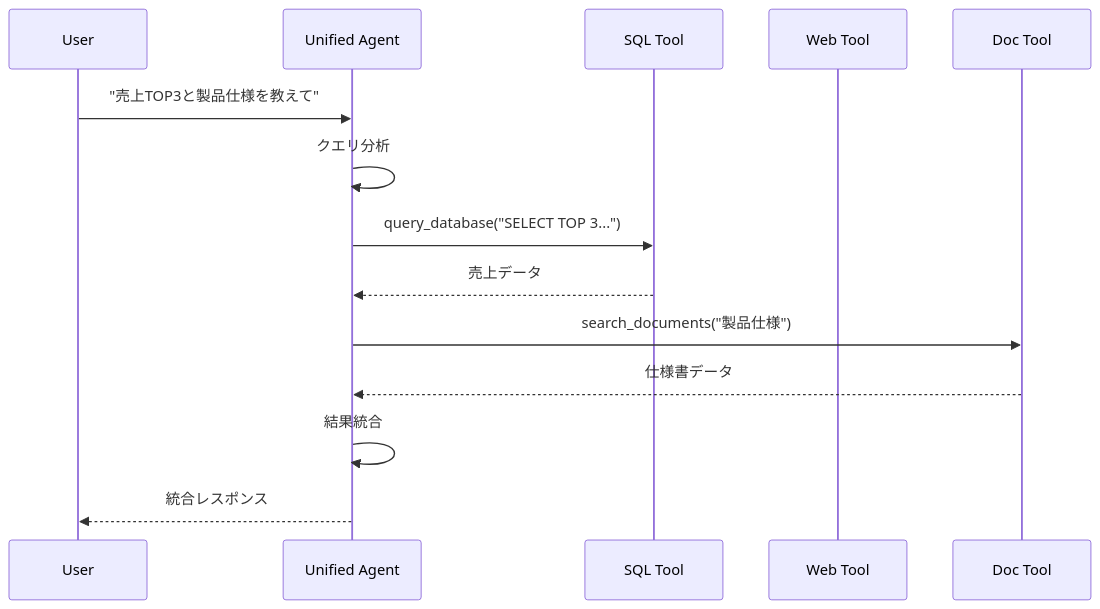
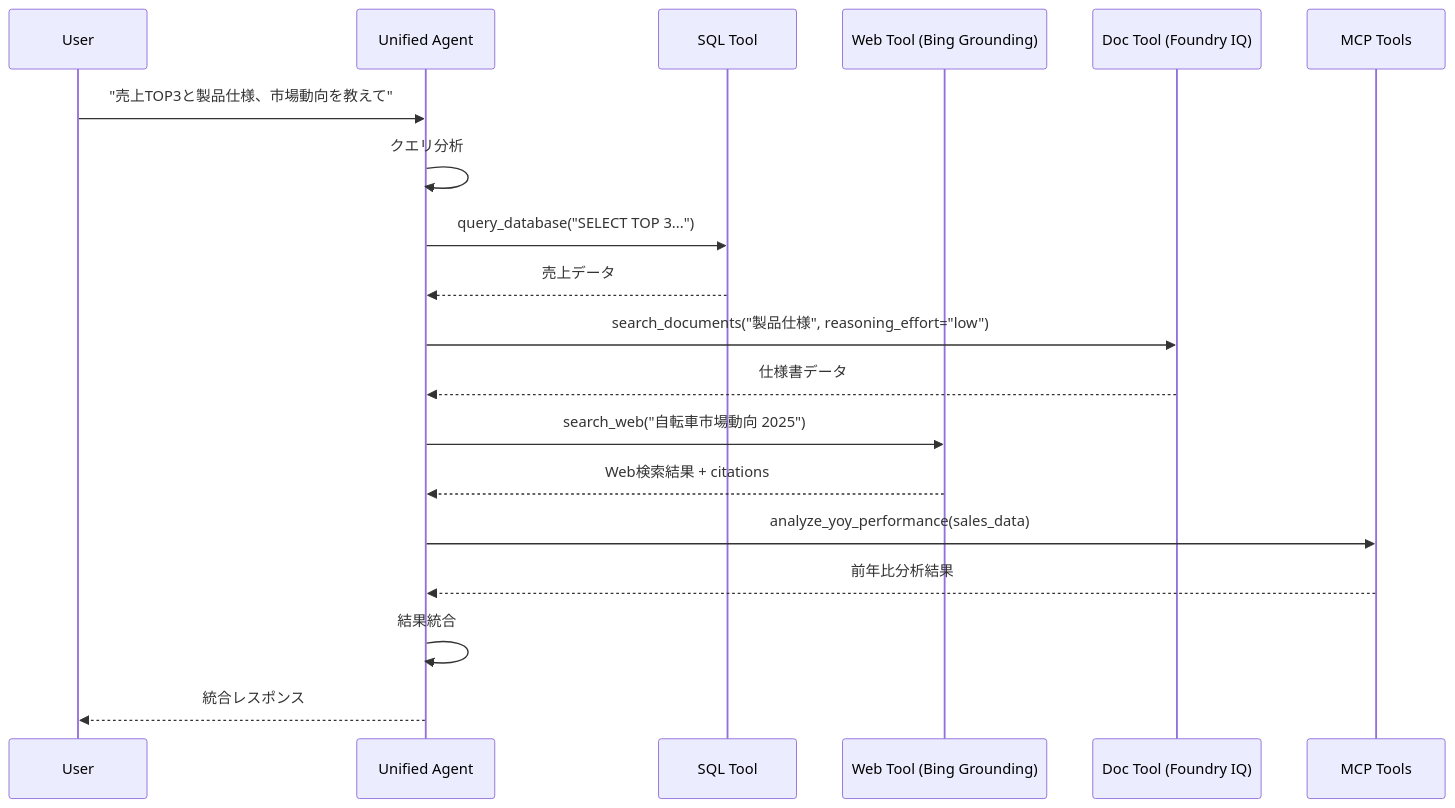
Before and after one commit to naoki1213mj/fabric-foundry-agentic-starter: the first of 2 diagrams in documents/Agent-Architecture.md, drawn with Mermaid. The commit also changed other lines of this file and 4 other files, not shown here.

First line of the commit message:
docs: ドキュメント大幅更新 - APIM/API Center詳細、テストシナリオ再作成、Bing Grounding/Foundry IQ反映

````diff
--- a/documents/Agent-Architecture.md
+++ b/documents/Agent-Architecture.md
@@ -114,17 +178,22 @@
 ```mermaid
 sequenceDiagram
     participant U as User
     participant A as Unified Agent
     participant S as SQL Tool
-    participant W as Web Tool
-    participant D as Doc Tool
+    participant W as Web Tool (Bing Grounding)
+    participant D as Doc Tool (Foundry IQ)
+    participant M as MCP Tools
 
-    U->>A: "売上TOP3と製品仕様を教えて"
+    U->>A: "売上TOP3と製品仕様、市場動向を教えて"
     A->>A: クエリ分析
     A->>S: query_database("SELECT TOP 3...")
     S-->>A: 売上データ
-    A->>D: search_documents("製品仕様")
+    A->>D: search_documents("製品仕様", reasoning_effort="low")
     D-->>A: 仕様書データ
+    A->>W: search_web("自転車市場動向 2025")
+    W-->>A: Web検索結果 + citations
+    A->>M: analyze_yoy_performance(sales_data)
+    M-->>A: 前年比分析結果
     A->>A: 結果統合
     A-->>U: 統合レスポンス
 ```
````
